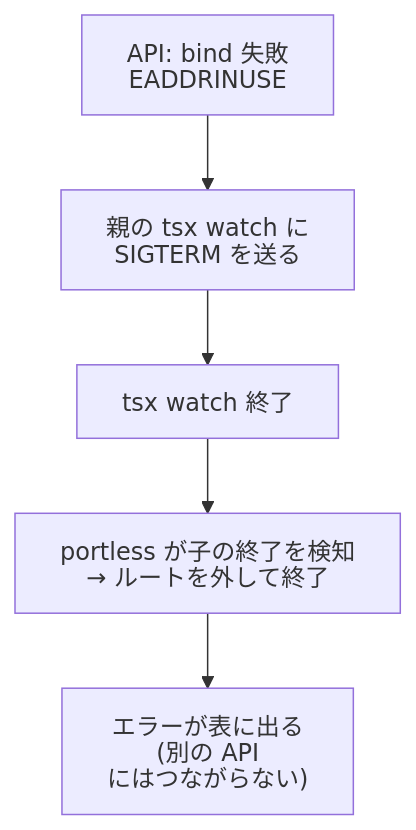
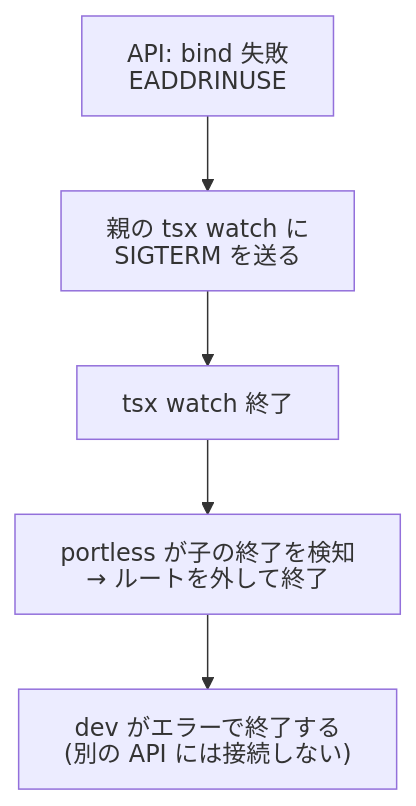
Before and after one commit to rikukaInoue/rikukadev: diagram 20 of 22 in src/content/blog/worktree-isolation-clonefile-portless.mdx, drawn with Mermaid. The commit also changed other lines of this file, not shown here.

````diff
--- a/src/content/blog/worktree-isolation-clonefile-portless.mdx
+++ b/src/content/blog/worktree-isolation-clonefile-portless.mdx
@@ -833,8 +833,8 @@
 ```mermaid
 %%{init: {"htmlLabels": false, "flowchart": {"htmlLabels": false}}}%%
 flowchart TB
     E["API: bind 失敗<br/>EADDRINUSE"] --> K["親の tsx watch に<br/>SIGTERM を送る"]
     K --> X["tsx watch 終了"]
     X --> R["portless が子の終了を検知<br/>→ ルートを外して終了"]
-    R --> V["エラーが表に出る<br/>(別の API にはつながらない)"]
+    R --> V["dev がエラーで終了する<br/>(別の API には接続しない)"]
 ```
````
